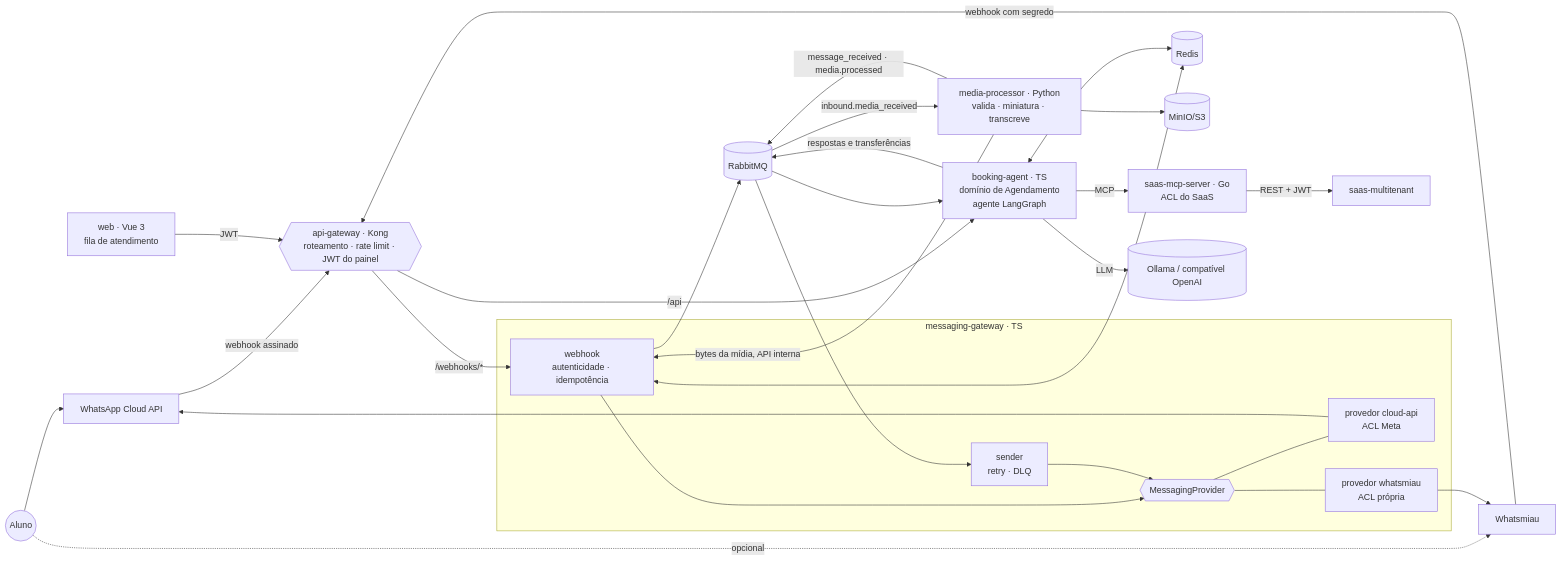
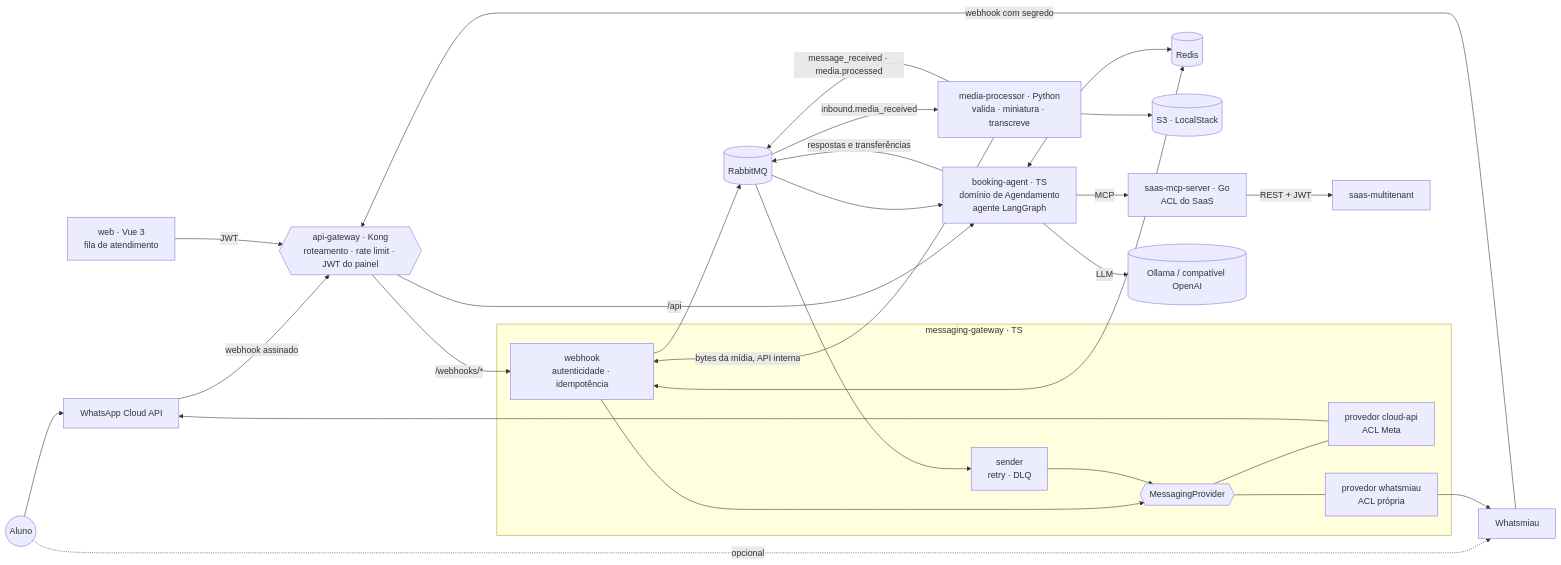
The diagram in README.md (JohnnyMatteus/whatsapp-booking-agent), drawn with Mermaid before and after one commit. The commit also changed other lines of this file and 17 other files, not shown here.

First line of the commit message:
fix(infra): S3 local passa de MinIO para LocalStack (as imagens do MinIO sumiram)

````diff
--- a/README.md
+++ b/README.md
@@ -22,37 +22,37 @@
 ```mermaid
 flowchart LR
   aluno((Aluno)) --> meta[WhatsApp Cloud API]
   aluno -.opcional.-> miau[Whatsmiau]
   meta -- webhook assinado --> kong
   miau -- webhook com segredo --> kong
   painel[web · Vue 3<br/>fila de atendimento] -- JWT --> kong
   kong{{api-gateway · Kong<br/>roteamento · rate limit · JWT do painel}}
   kong -- /webhooks/* --> webhook
   kong -- /api --> agent
   subgraph mg[messaging-gateway · TS]
     webhook[webhook<br/>autenticidade · idempotência]
     port{{MessagingProvider}}
     cloud[provedor cloud-api<br/>ACL Meta]
     wm[provedor whatsmiau<br/>ACL própria]
     sender[sender<br/>retry · DLQ]
     webhook --> port
     sender --> port
     port --- cloud
     port --- wm
   end
   webhook --> mq[(RabbitMQ)]
   webhook <--> redis[(Redis)]
   mq -- inbound.media_received --> media[media-processor · Python<br/>valida · miniatura · transcreve]
   media -- bytes da mídia, API interna --> webhook
-  media --> s3[(MinIO/S3)]
+  media --> s3[(S3 · LocalStack)]
   media -- message_received · media.processed --> mq
   mq --> agent[booking-agent · TS<br/>domínio de Agendamento<br/>agente LangGraph]
   agent <--> redis
   agent -- MCP --> mcp[saas-mcp-server · Go<br/>ACL do SaaS]
   mcp -- REST + JWT --> saas[saas-multitenant]
   agent -- LLM --> llm[(Ollama / compatível OpenAI)]
   agent -- respostas e transferências --> mq
   mq --> sender
   cloud --> meta
   wm --> miau
 ```
````
